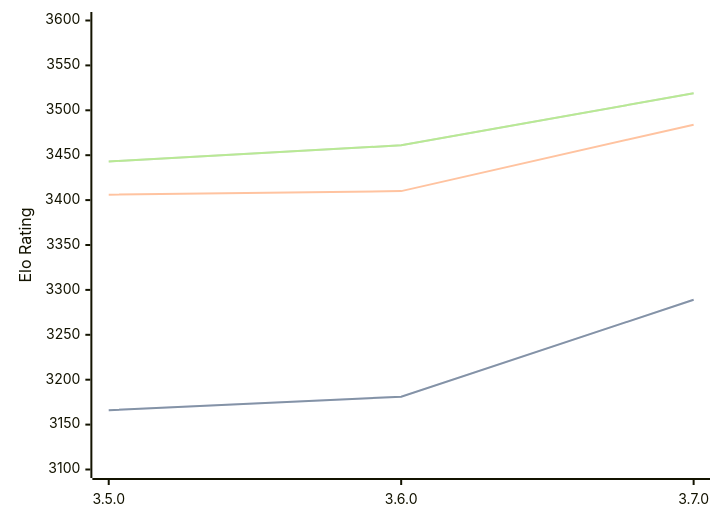
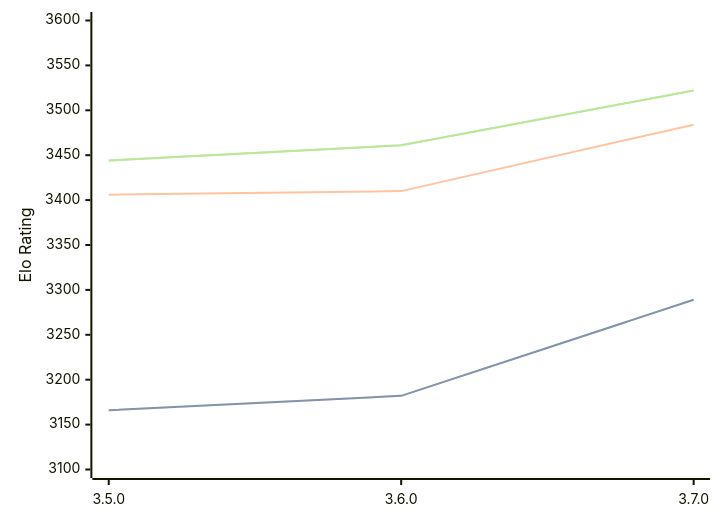
One commit to computer-chess-index/cci changed the diagram in engines/Igel.md. Above: the diagram before and after it, drawn with Mermaid. The commit also changed other lines of this file, not shown here.

Commit message:
Update CCI Ratings (ELO VLTC) - 2026-09-07

````diff
--- a/engines/Igel.md
+++ b/engines/Igel.md
@@ -33,11 +33,11 @@
 ```mermaid
 %%{init: {"theme":"base","themeVariables":{"seriesColors:['#a3a3a3','#222221','#faa371']}}}%%
 xychart-beta
   x-axis ["3.5.0", "3.6.0", "3.7.0"]
   y-axis "Elo Rating" 3100 --> 3600
-  line "" [3166, 3181, 3289]
-  line "STC (8.0+0.08s)" [3166, 3181, 3289]
+  line "" [3166, 3182, 3289]
+  line "STC (8.0+0.08s)" [3166, 3182, 3289]
   line "LTC (60.0+0.60s)" [3406, 3410, 3484]
-  line "" [3443, 3461, 3519]
-  line "VLTC (2m24s+1.12s)" [3443, 3461, 3519]
+  line "" [3444, 3461, 3522]
+  line "VLTC (2m24s+1.12s)" [3444, 3461, 3522]
 ```
````
